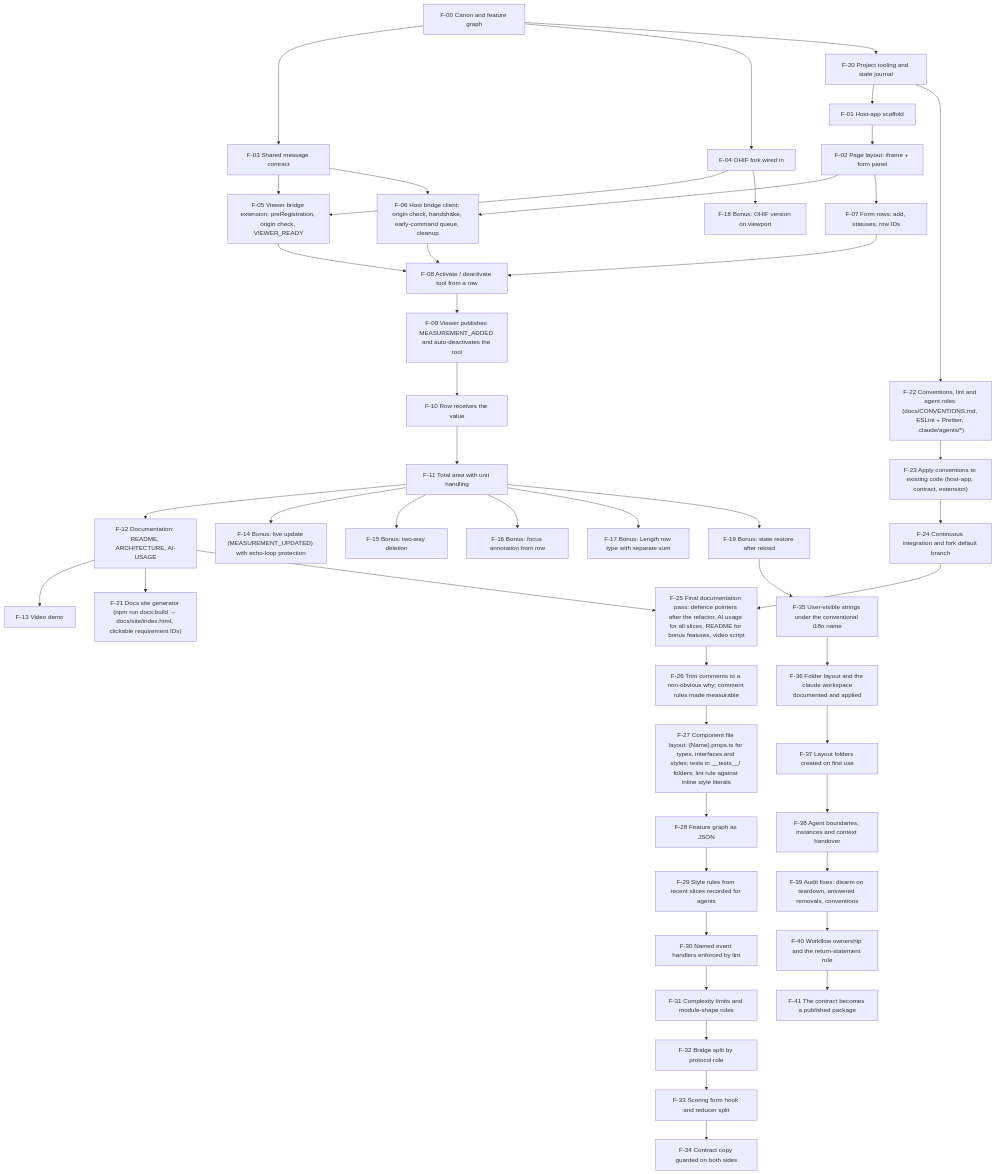
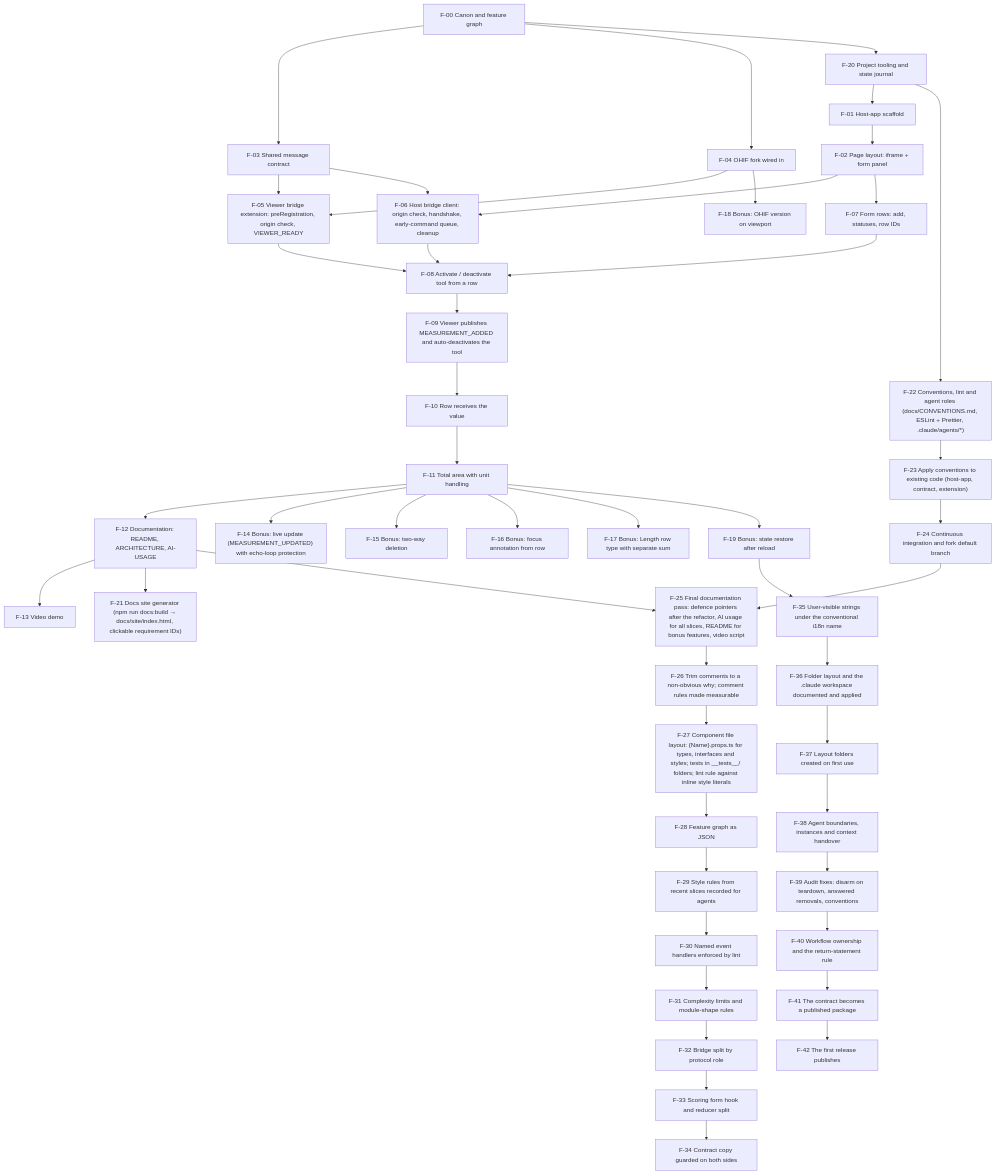
The diagram in docs/FEATURE-GRAPH.md (bdiadiun/artifact-synchronization), drawn with Mermaid before and after one commit. The commit also changed other lines of this file and 4 other files, not shown here.

Commit message:
fix: publish the first release

````diff
--- a/docs/FEATURE-GRAPH.md
+++ b/docs/FEATURE-GRAPH.md
@@ -140,6 +141,7 @@
   F39["F-39 Audit fixes: disarm on teardown, answered removals, conventions"]
   F40["F-40 Workflow ownership and the return-statement rule"]
   F41["F-41 The contract becomes a published package"]
+  F42["F-42 The first release publishes"]
 
   F20 --> F01
   F01 --> F02
@@ -187,4 +189,5 @@
   F38 --> F39
   F39 --> F40
   F40 --> F41
+  F41 --> F42
 ```
````
